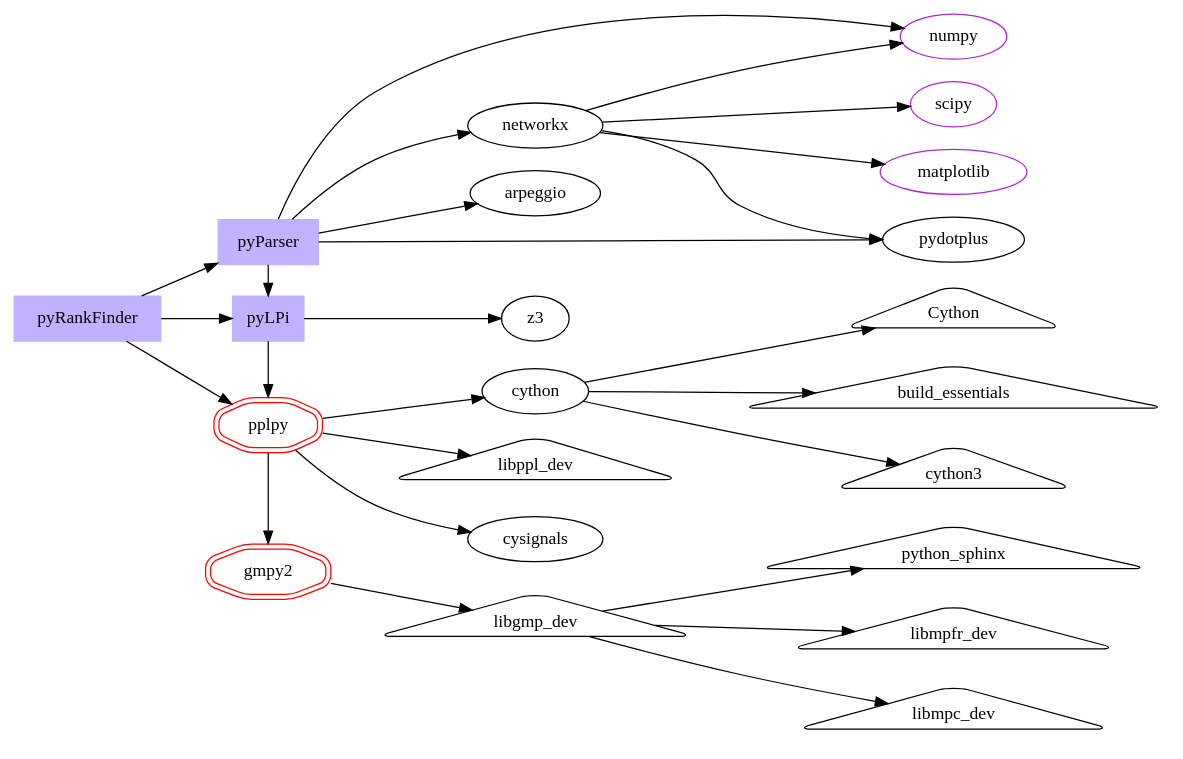
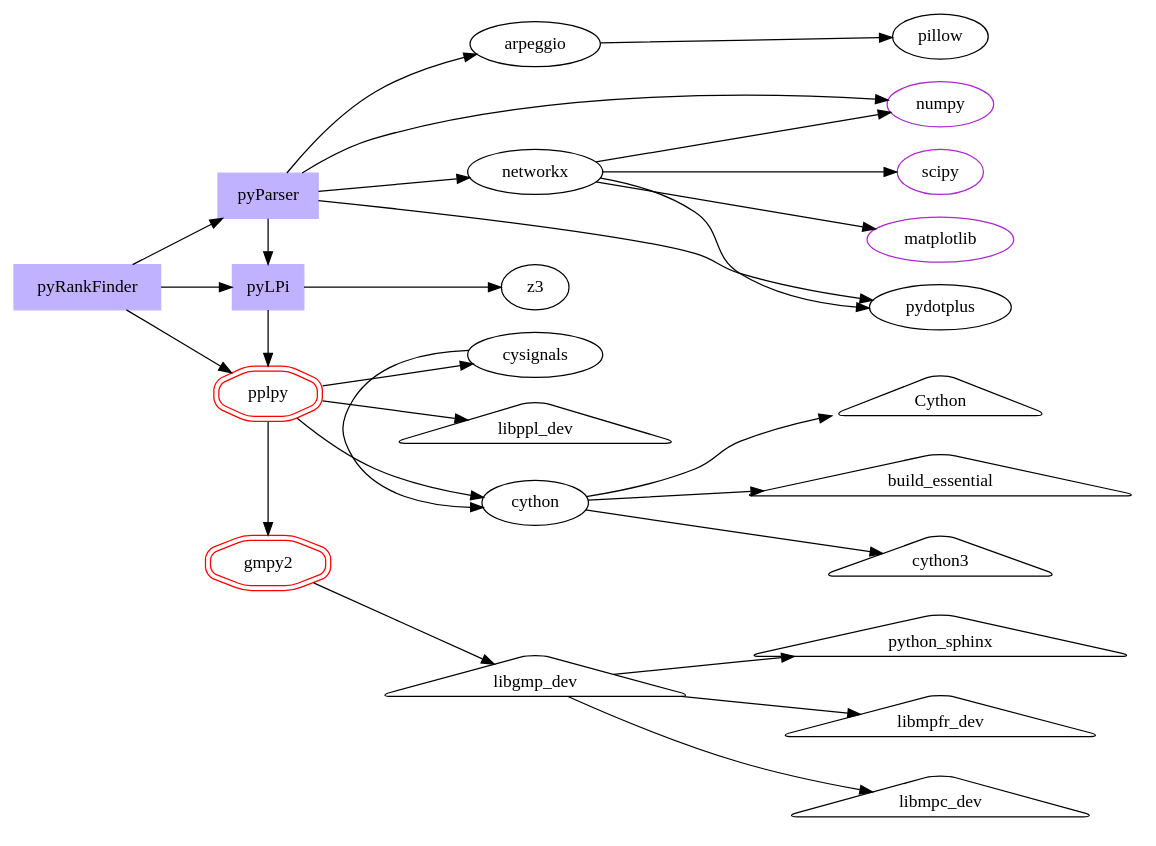
Before and after one commit to jesusjda/pyRankFinder: the diagram in dependencies.dot, drawn with Graphviz.

Commit message:
update dependencies graph.dot

```diff
--- a/dependencies.dot
+++ b/dependencies.dot
@@ -1,72 +1,76 @@
 digraph dependencies {
 	
 	rankdir=LR;
 	/* My Modules */
 	node [shape=box,style=filled,color=".7 .3 1.0"];
 	pyRankFinder;
 	pyLPi;
 	pyParser;
 	/* Python Modules */
 	node [shape=ellipse,style=rounded,color="black"];
 	arpeggio;
 	pydotplus;
 	networkx;
 	cysignals;
 	z3;
 	cython;
+	pillow;
 	node [shape=ellipse,style=rounded,color=".8 .8 .8"];
 	numpy;
 	matplotlib;
 	scipy;
 	// Special Python Modules 
 	node [shape=doubleoctagon,style=rounded,color="red"];
 	gmpy2;
 	pplpy;
 
 	// linux packages
 
 	node [shape=triangle,style=rounded,color="black"];
-	build_essentials;
+	build_essential;
 	cython3;
 	Cython;
 	libmpfr_dev;
 	libmpc_dev;
 	python_sphinx;
 	libppl_dev;
 	libgmp_dev;
 		
 
 	/* DEPENDENCIES */
 	pyRankFinder -> pplpy;
 	pyRankFinder -> pyParser;
 	pyRankFinder -> pyLPi;
 
 	// pyParser
 	pyParser -> pyLPi;
 	pyParser -> arpeggio;
+	arpeggio -> pillow;
 	pyParser -> pydotplus;
 	pyParser -> networkx;
 	pyParser -> numpy;
 	networkx -> numpy;
 	networkx -> matplotlib;
 	networkx -> pydotplus;
 	networkx -> scipy;
 	
 	// pyLPi
 	pyLPi -> pplpy;
 	pyLPi -> z3;
-	pplpy -> cysignals;
 	pplpy -> libppl_dev;
 	pplpy -> cython;
-	cython -> build_essentials;
+	pplpy -> cysignals;
+	cysignals -> cython;
+	cython -> build_essential;
 	cython -> Cython;
 	cython -> cython3;
 	pplpy -> gmpy2;
 	gmpy2 -> libgmp_dev;
 	libgmp_dev -> libmpfr_dev;
 	libgmp_dev -> libmpc_dev;
 	libgmp_dev -> python_sphinx;
-	{ rank=same; pyParser pyLPi pplpy gmpy2}
+	{ rank=same; pyParser pyLPi pplpy gmpy2 }
+	{ rank=same; cysignals cython libppl_dev}
+		
 
-	
 }
```
